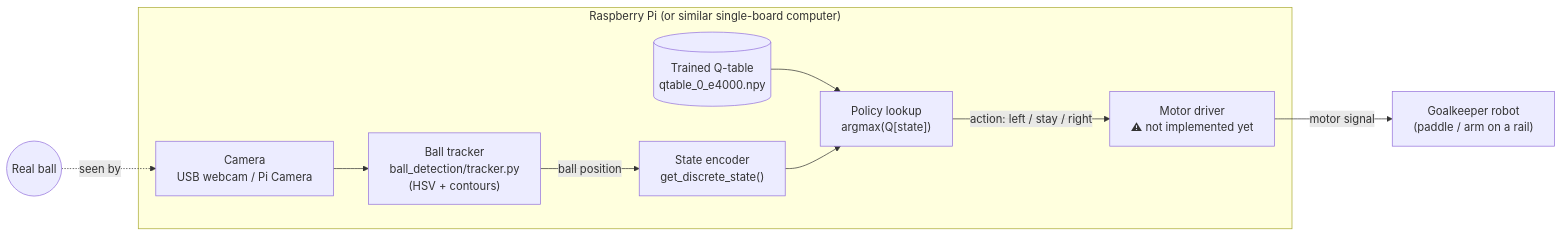
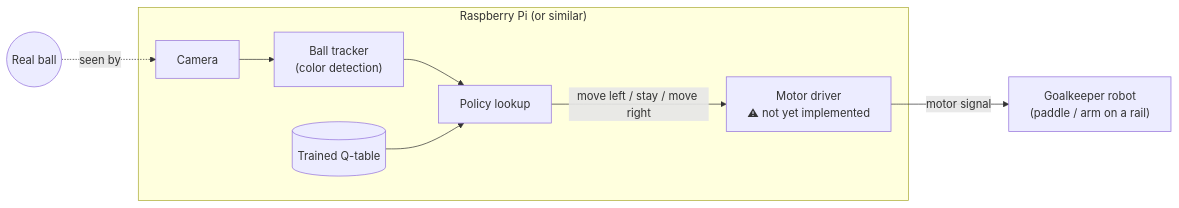
One commit to AMROAMRO404/Goalkeeper-QLearning changed the second of 2 diagrams in README.md. Above: the diagram before and after it, drawn with Mermaid. The commit also changed other lines of this file, not shown here.

````diff
--- a/README.md
+++ b/README.md
@@ -31,23 +32,20 @@
 ```mermaid
 flowchart LR
     BALL((Real ball))
     ROBOT["Goalkeeper robot<br/>(paddle / arm on a rail)"]
 
-    subgraph PI["Raspberry Pi (or similar single-board computer)"]
-        CAM["Camera<br/>USB webcam / Pi Camera"]
-        TRACK["Ball tracker<br/>ball_detection/tracker.py<br/>(HSV + contours)"]
-        STATE["State encoder<br/>get_discrete_state()"]
-        QT2[("Trained Q-table<br/>qtable_0_e4000.npy")]
-        POLICY["Policy lookup<br/>argmax(Q[state])"]
-        DRIVER["Motor driver<br/>⚠ not implemented yet"]
+    subgraph PI["Raspberry Pi (or similar)"]
+        CAM["Camera"]
+        TRACK["Ball tracker<br/>(color detection)"]
+        QT2[("Trained Q-table")]
+        POLICY["Policy lookup"]
+        DRIVER["Motor driver<br/>⚠ not yet implemented"]
 
-        CAM --> TRACK
-        TRACK -- "ball position" --> STATE
+        CAM --> TRACK --> POLICY
         QT2 --> POLICY
-        STATE --> POLICY
-        POLICY -- "action: left / stay / right" --> DRIVER
+        POLICY -- "move left / stay / move right" --> DRIVER
     end
 
     BALL -. "seen by" .-> CAM
-    DRIVER -- "motor signal" --> ROBOT
+    DRIVER -- motor signal --> ROBOT
 ```
````
